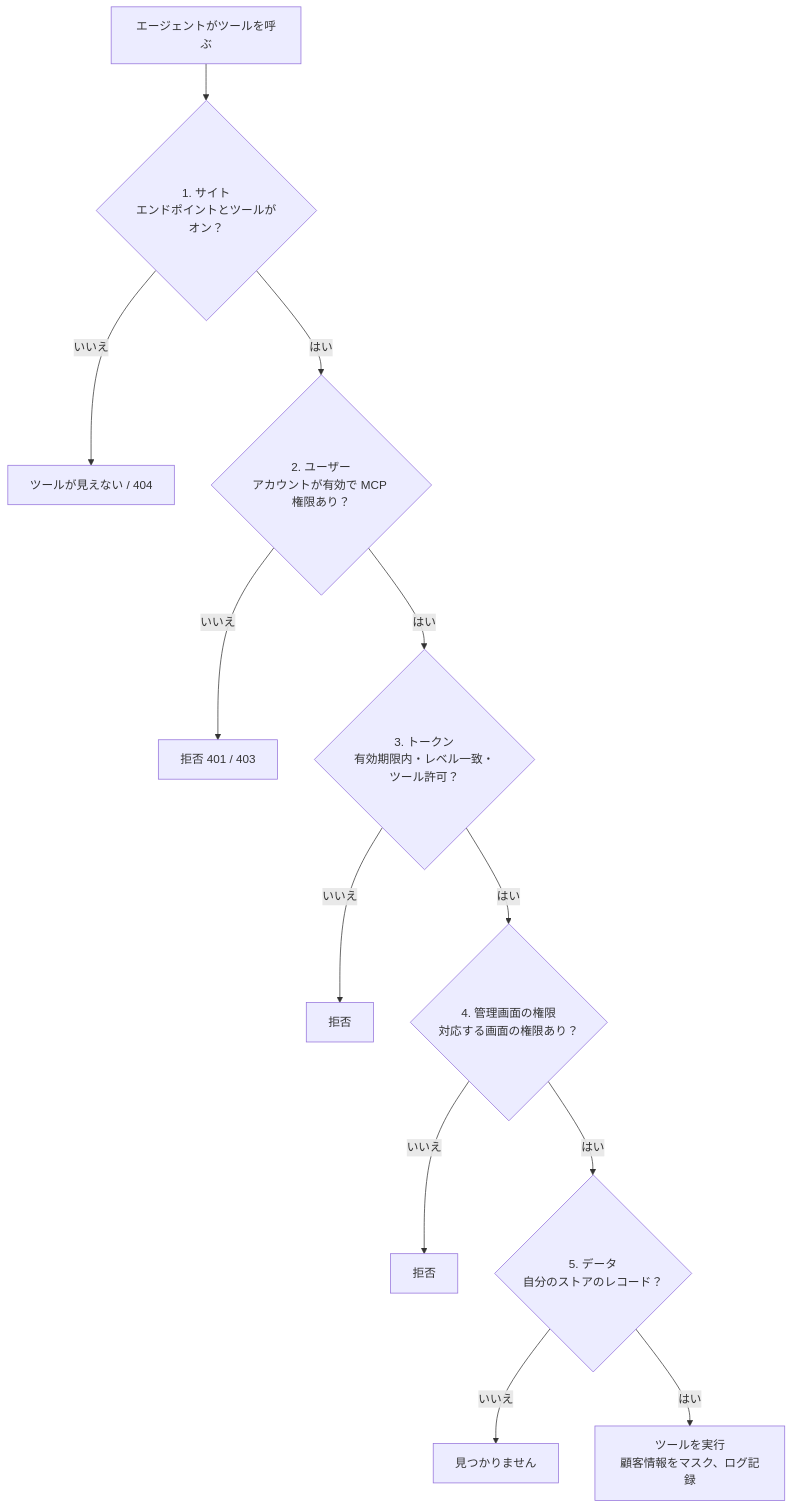
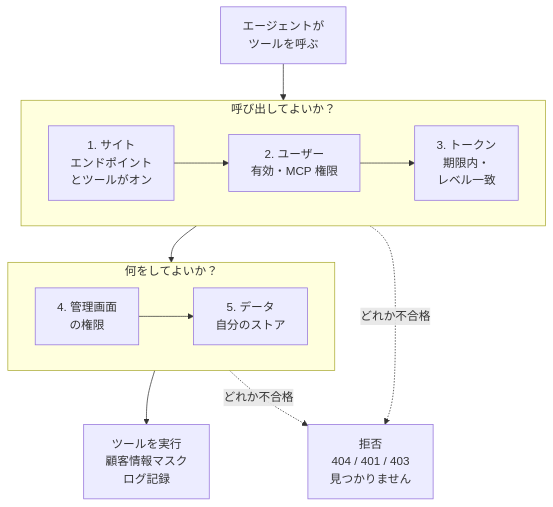
The first of 2 diagrams in mcp/mcp-security_ja.md (gp247net/gp247-docs), drawn with Mermaid before and after one commit. The commit also changed 44 other files, not shown here.

First line of the commit message:
docs: redraw oversized diagrams in security, API and MCP docs (vi/en/ja)

````diff
--- a/mcp/mcp-security_ja.md
+++ b/mcp/mcp-security_ja.md
@@ -15,14 +15,15 @@
 ```mermaid
-flowchart TD
-    R["エージェントがツールを呼ぶ"] --> L1{"1. サイト<br/>エンドポイントとツールがオン？"}
-    L1 -->|"いいえ"| X1["ツールが見えない / 404"]
-    L1 -->|"はい"| L2{"2. ユーザー<br/>アカウントが有効で MCP 権限あり？"}
-    L2 -->|"いいえ"| X2["拒否 401 / 403"]
-    L2 -->|"はい"| L3{"3. トークン<br/>有効期限内・レベル一致・ツール許可？"}
-    L3 -->|"いいえ"| X3["拒否"]
-    L3 -->|"はい"| L4{"4. 管理画面の権限<br/>対応する画面の権限あり？"}
-    L4 -->|"いいえ"| X4["拒否"]
-    L4 -->|"はい"| L5{"5. データ<br/>自分のストアのレコード？"}
-    L5 -->|"いいえ"| X5["見つかりません"]
-    L5 -->|"はい"| OK["ツールを実行<br/>顧客情報をマスク、ログ記録"]
+flowchart TB
+    R["エージェントが<br/>ツールを呼ぶ"] --> S1
+    subgraph S1["呼び出してよいか？"]
+        direction LR
+        L1["1. サイト<br/>エンドポイント<br/>とツールがオン"] --> L2["2. ユーザー<br/>有効・MCP 権限"] --> L3["3. トークン<br/>期限内・<br/>レベル一致"]
+    end
+    subgraph S2["何をしてよいか？"]
+        direction LR
+        L4["4. 管理画面<br/>の権限"] --> L5["5. データ<br/>自分のストア"]
+    end
+    S1 --> S2 --> OK["ツールを実行<br/>顧客情報マスク<br/>ログ記録"]
+    S1 -.->|"どれか不合格"| X["拒否<br/>404 / 401 / 403<br/>見つかりません"]
+    S2 -.->|"どれか不合格"| X
 ```
````
